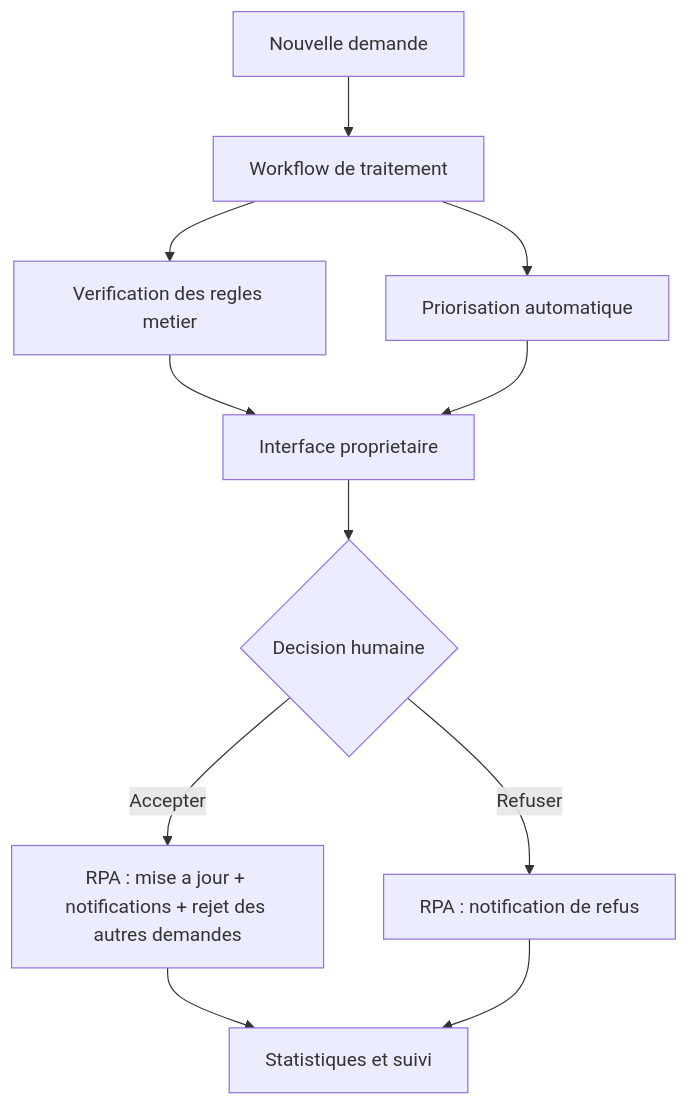
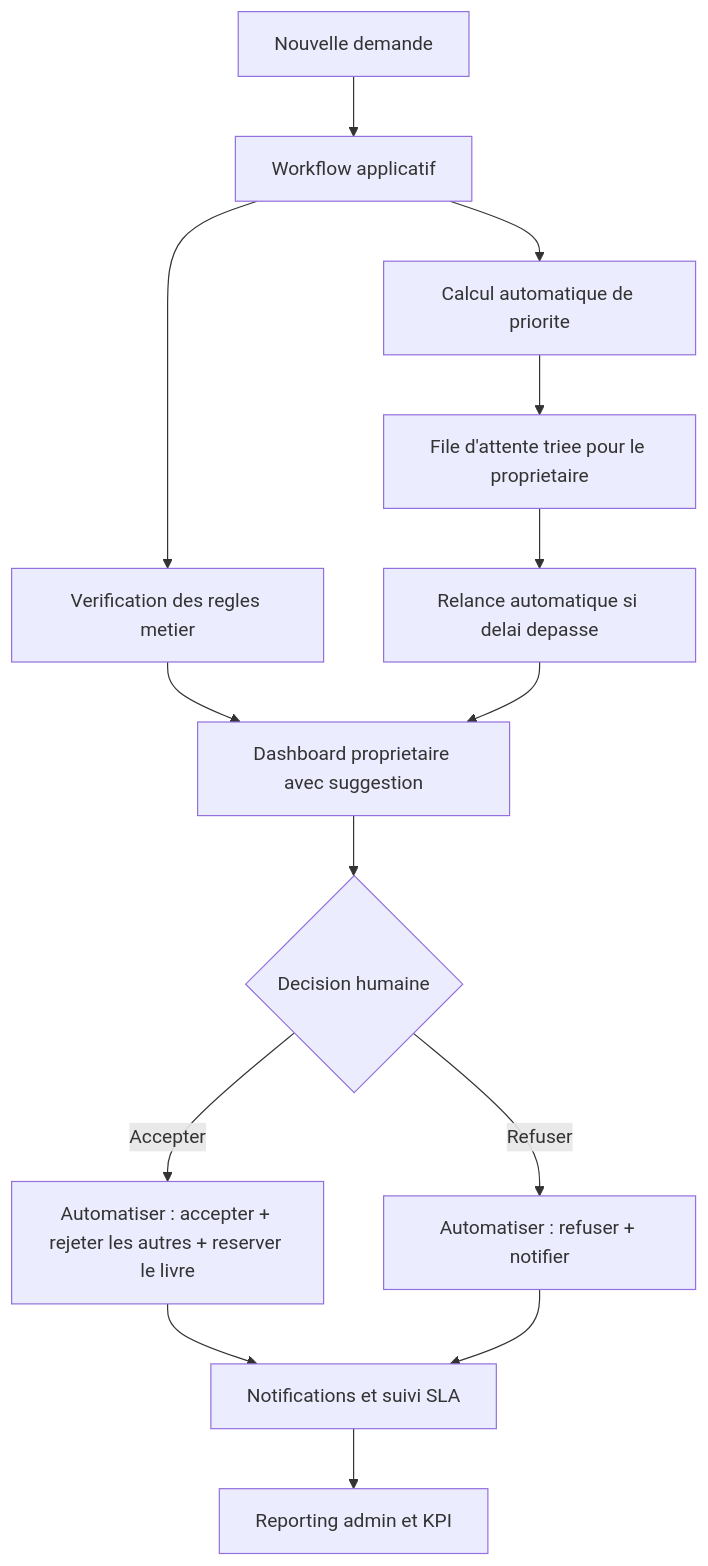
Before and after one commit to MrTBK/bookcycle-tunisia: the third of 5 diagrams in documents_aide/RPA_AGL_DIAGRAMMES_ET_SECTIONS.md, drawn with Mermaid. The commit also changed other lines of this file and 25 other files, not shown here.

````diff
--- a/documents_aide/RPA_AGL_DIAGRAMMES_ET_SECTIONS.md
+++ b/documents_aide/RPA_AGL_DIAGRAMMES_ET_SECTIONS.md
@@ -157,13 +165,16 @@
 ```mermaid
 flowchart TD
-    A["Nouvelle demande"] --> B["Workflow de traitement"]
+    A["Nouvelle demande"] --> B["Workflow applicatif"]
     B --> C["Verification des regles metier"]
-    B --> D["Priorisation automatique"]
-    C --> E["Interface proprietaire"]
-    D --> E
-    E --> F{"Decision humaine"}
-    F -->|Accepter| G["RPA : mise a jour + notifications + rejet des autres demandes"]
-    F -->|Refuser| H["RPA : notification de refus"]
-    G --> I["Statistiques et suivi"]
-    H --> I
+    B --> D["Calcul automatique de priorite"]
+    D --> E["File d'attente triee pour le proprietaire"]
+    E --> F["Relance automatique si delai depasse"]
+    C --> G["Dashboard proprietaire avec suggestion"]
+    F --> G
+    G --> H{"Decision humaine"}
+    H -->|Accepter| I["Automatiser : accepter + rejeter les autres + reserver le livre"]
+    H -->|Refuser| J["Automatiser : refuser + notifier"]
+    I --> K["Notifications et suivi SLA"]
+    J --> K
+    K --> L["Reporting admin et KPI"]
 ```
````
